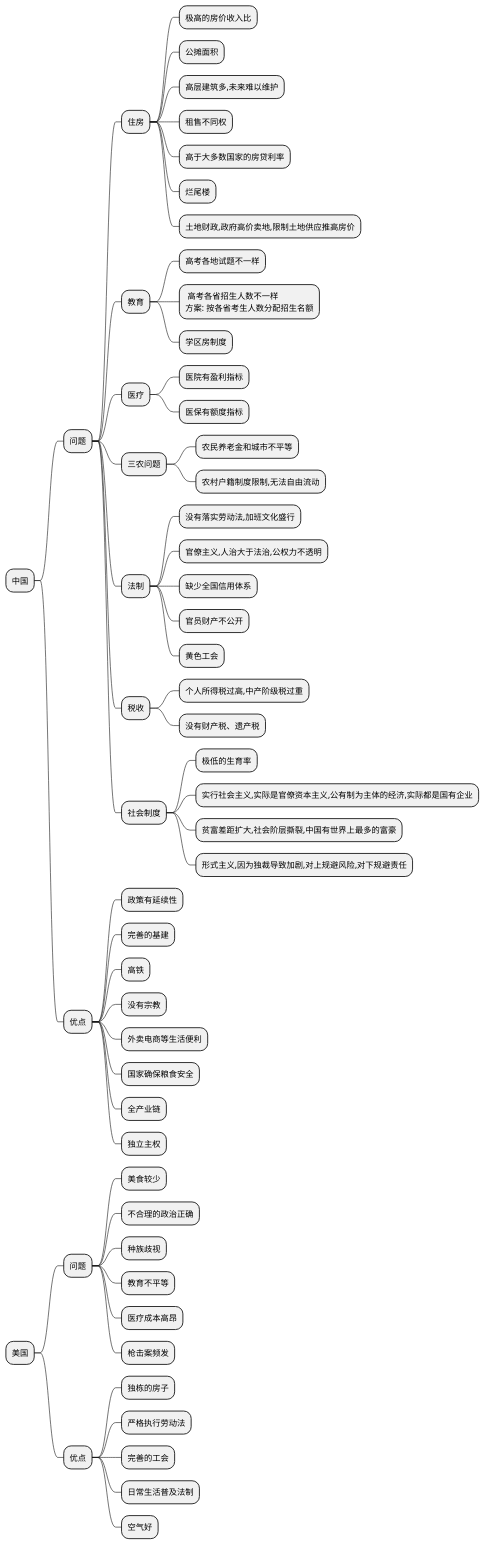
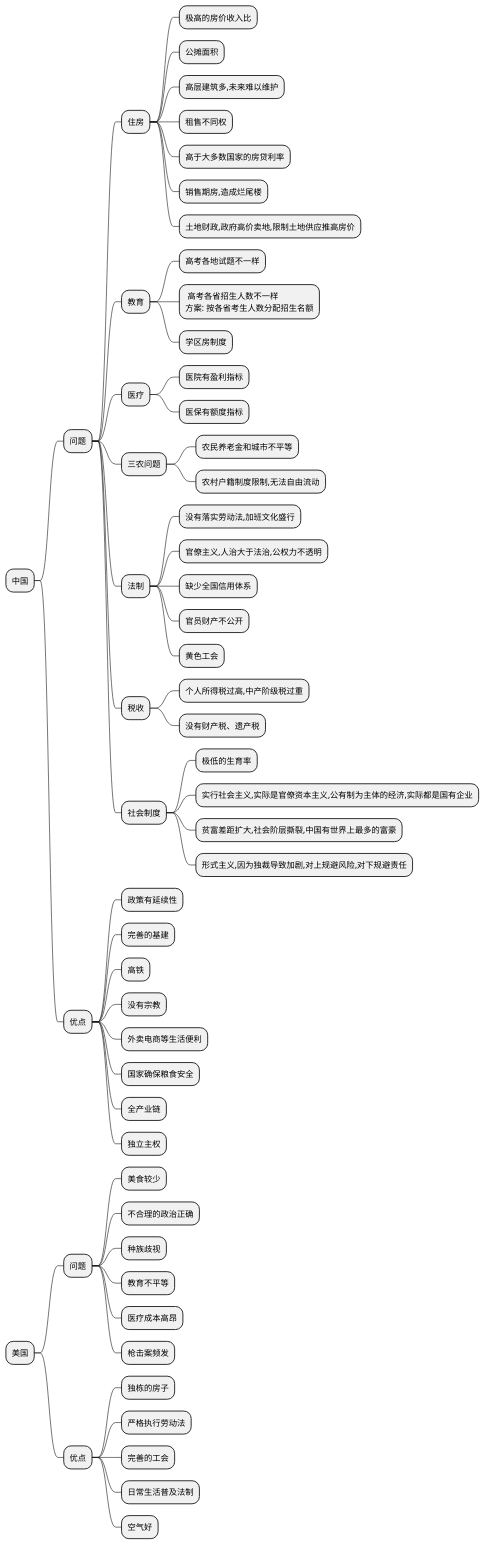
The diagram in D·观点-know_who/思考/中国社会.plantuml (Huang2070/alpha-centauri-c), drawn with PlantUML before and after one commit. The commit also changed 14 other files, not shown here.

```diff
--- a/D·观点-know_who/思考/中国社会.plantuml
+++ b/D·观点-know_who/思考/中国社会.plantuml
@@ -1,75 +1,75 @@
 @startmindmap 中国
 * 中国
 ** 问题
 
 *** 住房
 **** 极高的房价收入比
 **** 公摊面积
 **** 高层建筑多,未来难以维护
 **** 租售不同权
 **** 高于大多数国家的房贷利率
-**** 烂尾楼
+**** 销售期房,造成烂尾楼
 **** 土地财政,政府高价卖地,限制土地供应推高房价
 
 
 *** 教育
 **** 高考各地试题不一样
 ****: 高考各省招生人数不一样
 方案: 按各省考生人数分配招生名额;
 **** 学区房制度
 
 *** 医疗
 **** 医院有盈利指标
 **** 医保有额度指标
 
 *** 三农问题
 **** 农民养老金和城市不平等
 **** 农村户籍制度限制,无法自由流动
 
 *** 法制
 **** 没有落实劳动法,加班文化盛行
 **** 官僚主义,人治大于法治,公权力不透明
 **** 缺少全国信用体系
 **** 官员财产不公开
 **** 黄色工会
 
 *** 税收
 **** 个人所得税过高,中产阶级税过重
 **** 没有财产税、遗产税
 
 *** 社会制度
 **** 极低的生育率
 **** 实行社会主义,实际是官僚资本主义,公有制为主体的经济,实际都是国有企业
 **** 贫富差距扩大,社会阶层撕裂,中国有世界上最多的富豪
 **** 形式主义,因为独裁导致加剧,对上规避风险,对下规避责任
 
 
 ** 优点
 *** 政策有延续性
 *** 完善的基建
 *** 高铁
 *** 没有宗教
 *** 外卖电商等生活便利
 *** 国家确保粮食安全
 *** 全产业链
 *** 独立主权
 
 
 
 * 美国
 ** 问题
 *** 美食较少
 *** 不合理的政治正确
 *** 种族歧视
 *** 教育不平等
 *** 医疗成本高昂
 *** 枪击案频发
 
 
 ** 优点
 *** 独栋的房子
 *** 严格执行劳动法
 *** 完善的工会
 *** 日常生活普及法制
 *** 空气好
 @endmindmap
```
